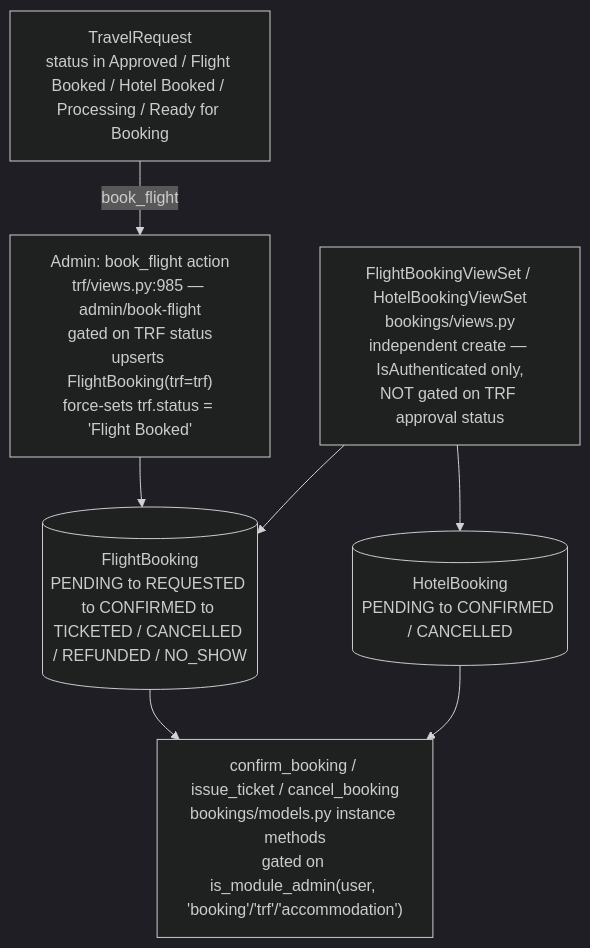
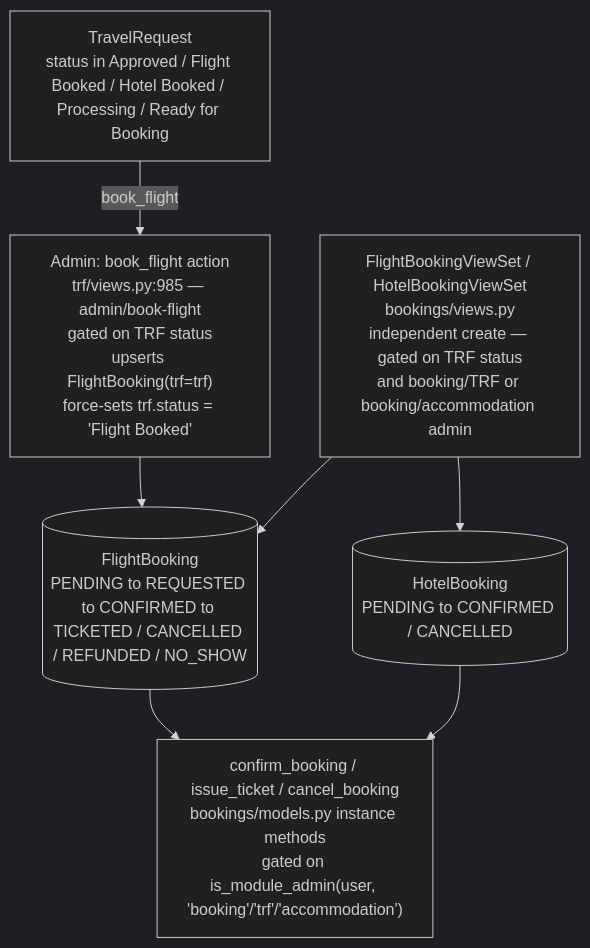
Before and after one commit to arslant84/tms.app: the ninth of 11 diagrams in docs/ARCHITECTURE.md, drawn with Mermaid (dark theme). The commit also changed other lines of this file and 3 other files, not shown here.

````diff
--- a/docs/ARCHITECTURE.md
+++ b/docs/ARCHITECTURE.md
@@ -371,15 +371,15 @@
 ```mermaid
 flowchart TD
     TRF3["TravelRequest<br/>status in Approved / Flight Booked / Hotel Booked / Processing / Ready for Booking"]
     BF["Admin: book_flight action<br/>trf/views.py:985 — admin/book-flight<br/>gated on TRF status<br/>upserts FlightBooking(trf=trf)<br/>force-sets trf.status = 'Flight Booked'"]
-    DIRECT["FlightBookingViewSet / HotelBookingViewSet<br/>bookings/views.py<br/>independent create — IsAuthenticated only,<br/>NOT gated on TRF approval status"]
+    DIRECT["FlightBookingViewSet / HotelBookingViewSet<br/>bookings/views.py<br/>independent create — gated on TRF status<br/>and booking/TRF or booking/accommodation admin"]
     FB[("FlightBooking<br/>PENDING to REQUESTED to CONFIRMED to TICKETED / CANCELLED / REFUNDED / NO_SHOW")]
     HB[("HotelBooking<br/>PENDING to CONFIRMED / CANCELLED")]
     ADMIN3["confirm_booking / issue_ticket / cancel_booking<br/>bookings/models.py instance methods<br/>gated on is_module_admin(user, 'booking'/'trf'/'accommodation')"]
 
     TRF3 -->|"book_flight"| BF --> FB
     DIRECT --> FB
     DIRECT --> HB
     FB --> ADMIN3
     HB --> ADMIN3
 ```
````
